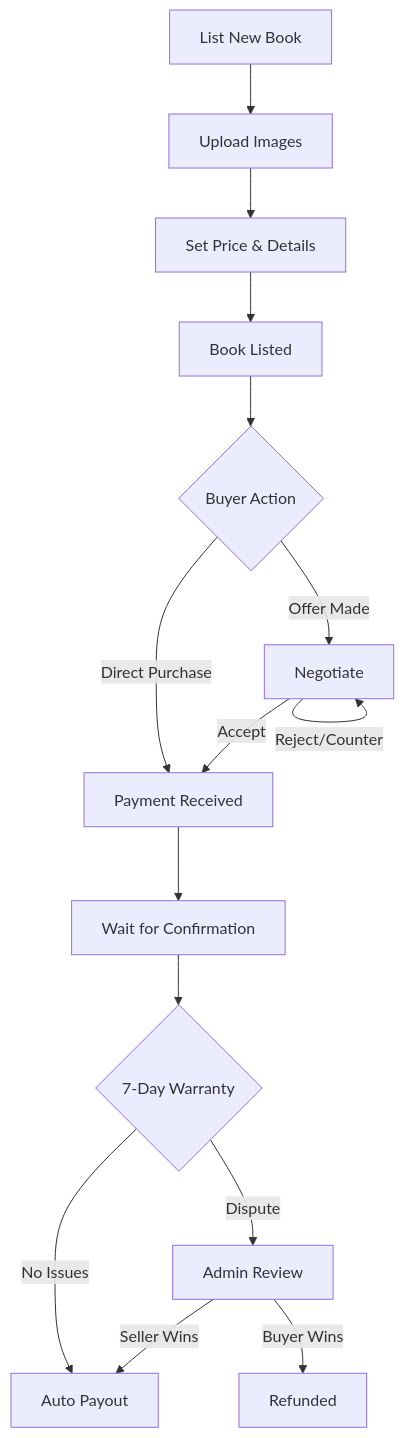
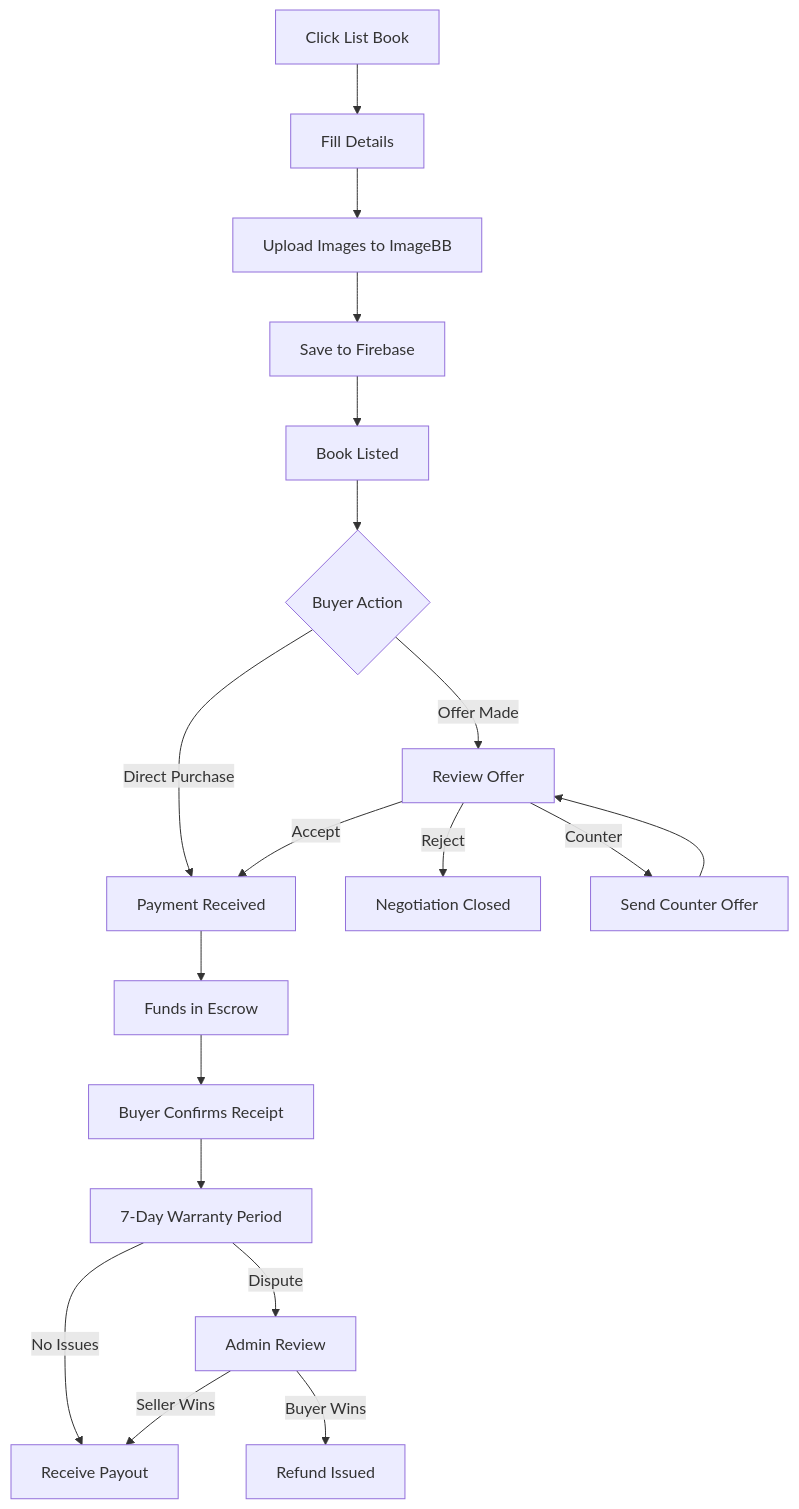
Before and after one commit to qieyl345/Web-Based_Book_E-Marketplace_with_Data_Visualization_for_Uitm: the third of 4 diagrams in README.md, drawn with Mermaid. The commit also changed other lines of this file and 1 other file, not shown here.

````diff
--- a/README.md
+++ b/README.md
@@ -345,17 +539,21 @@
 ```mermaid
 flowchart TD
-    A[List New Book] --> B[Upload Images]
-    B --> C[Set Price & Details]
-    C --> D[Book Listed]
-    D --> E{Buyer Action}
-    E -->|Direct Purchase| F[Payment Received]
-    E -->|Offer Made| G[Negotiate]
-    G -->|Accept| F
-    G -->|Reject/Counter| G
-    F --> H[Wait for Confirmation]
-    H --> I{7-Day Warranty}
-    I -->|No Issues| J[Auto Payout]
-    I -->|Dispute| K[Admin Review]
-    K -->|Seller Wins| J
-    K -->|Buyer Wins| L[Refunded]
+    A[Click List Book] --> B[Fill Details]
+    B --> C[Upload Images to ImageBB]
+    C --> D[Save to Firebase]
+    D --> E[Book Listed]
+    E --> F{Buyer Action}
+    F -->|Direct Purchase| G[Payment Received]
+    F -->|Offer Made| H[Review Offer]
+    H -->|Accept| G
+    H -->|Reject| I[Negotiation Closed]
+    H -->|Counter| J[Send Counter Offer]
+    J --> H
+    G --> K[Funds in Escrow]
+    K --> L[Buyer Confirms Receipt]
+    L --> M[7-Day Warranty Period]
+    M -->|No Issues| N[Receive Payout]
+    M -->|Dispute| O[Admin Review]
+    O -->|Seller Wins| N
+    O -->|Buyer Wins| P[Refund Issued]
 ```
````
